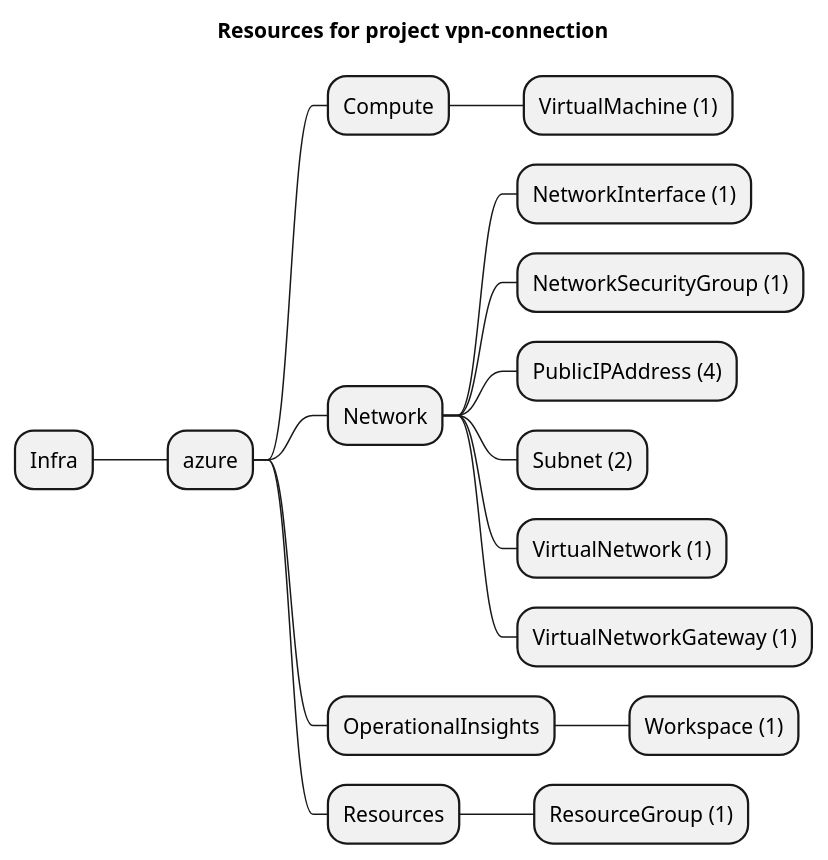
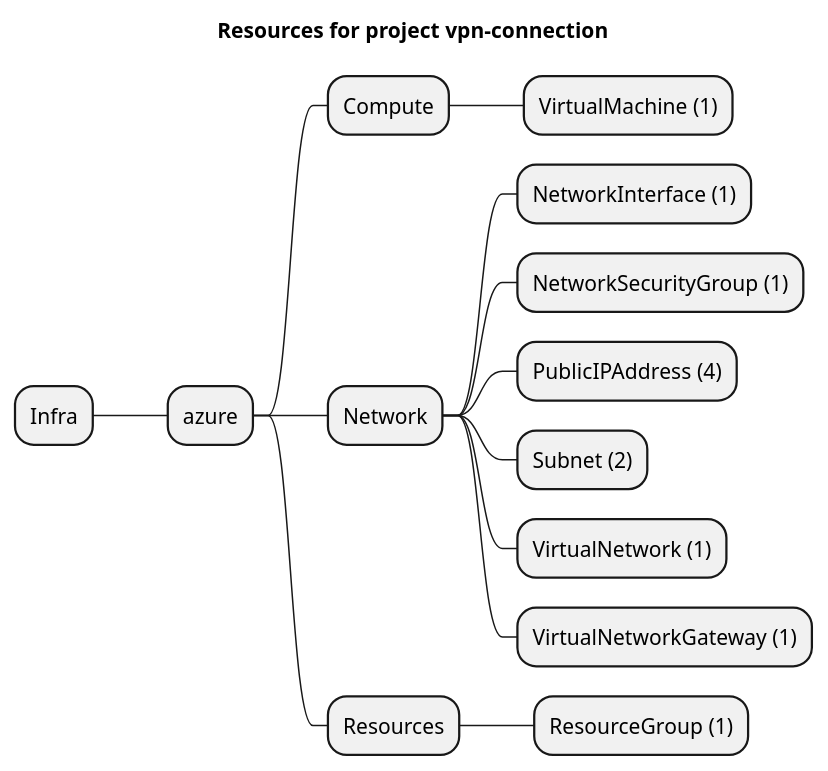
The diagram in examples/azure/Network/vpn-connection/artifacts/resources-mindmap.puml (grucloud/grucloud), drawn with PlantUML before and after one commit. The commit also changed 13 other files, not shown here.

```diff
--- a/examples/azure/Network/vpn-connection/artifacts/resources-mindmap.puml
+++ b/examples/azure/Network/vpn-connection/artifacts/resources-mindmap.puml
@@ -1,19 +1,17 @@
 @startmindmap
 title Resources for project vpn-connection
 skinparam monochrome true
 + Infra
 ++ azure
 +++ Compute
 ++++ VirtualMachine (1)
 +++ Network
 ++++ NetworkInterface (1)
 ++++ NetworkSecurityGroup (1)
 ++++ PublicIPAddress (4)
 ++++ Subnet (2)
 ++++ VirtualNetwork (1)
 ++++ VirtualNetworkGateway (1)
-+++ OperationalInsights
-++++ Workspace (1)
 +++ Resources
 ++++ ResourceGroup (1)
 @endmindmap
```
